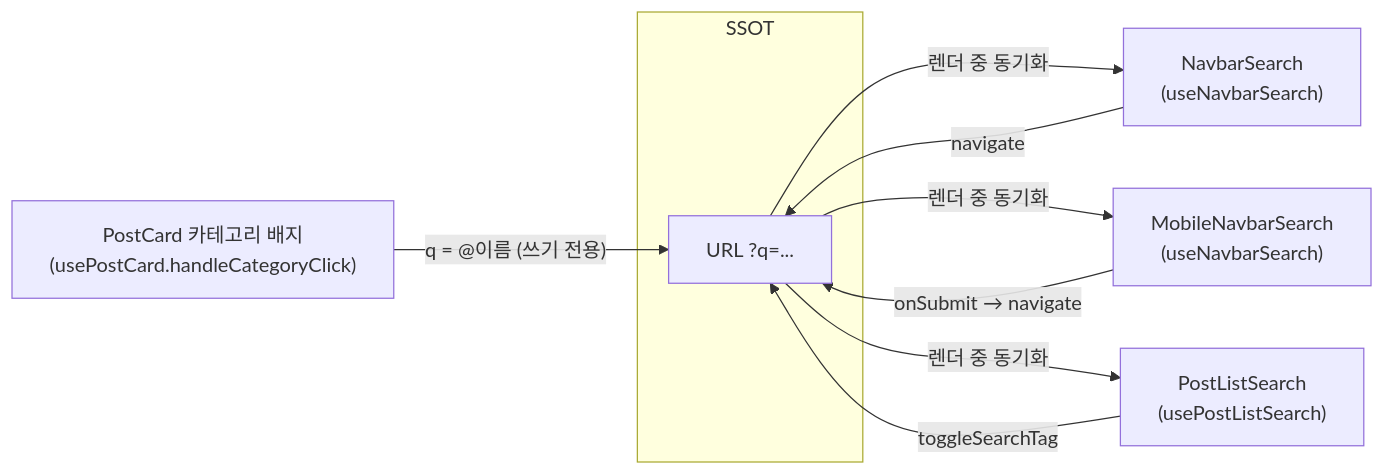
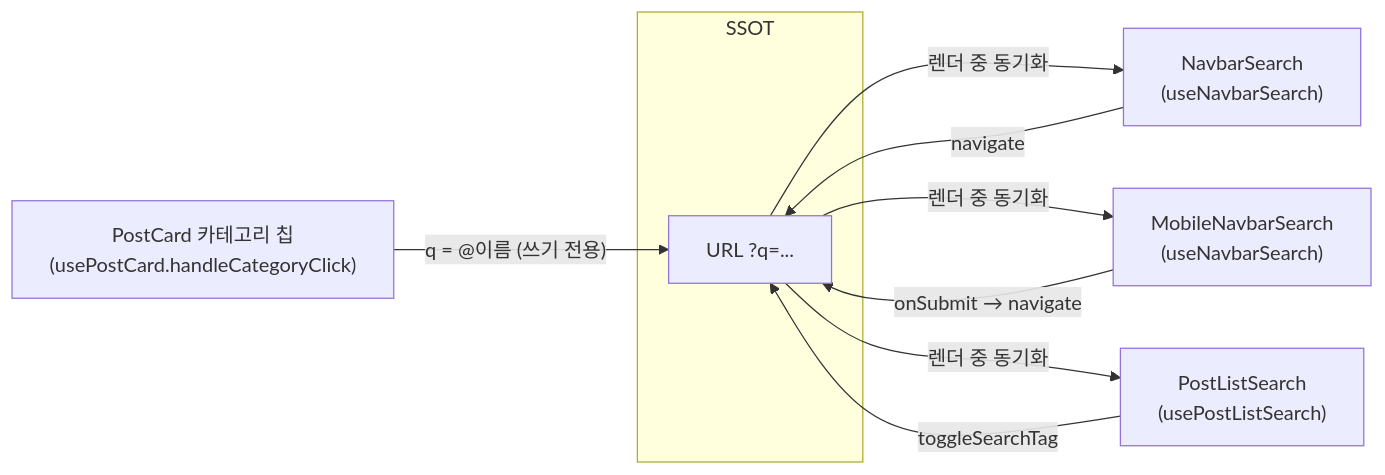
Before and after one commit to BAECHAN/link-sphere_FE_NEW: the second of 2 diagrams in docs/SEARCH.md, drawn with Mermaid. The commit also changed other lines of this file and 14 other files, not shown here.

````diff
--- a/docs/SEARCH.md
+++ b/docs/SEARCH.md
@@ -99,13 +99,13 @@
 ```mermaid
 flowchart LR
   subgraph "SSOT"
     Q["URL ?q=..."]
   end
   NavbarSearch["NavbarSearch<br/>(useNavbarSearch)"] -->|"navigate"| Q
   Q -->|"렌더 중 동기화"| NavbarSearch
   MobileNavbarSearch["MobileNavbarSearch<br/>(useNavbarSearch)"] -->|"onSubmit → navigate"| Q
   Q -->|"렌더 중 동기화"| MobileNavbarSearch
   PostListSearch["PostListSearch<br/>(usePostListSearch)"] -->|"toggleSearchTag"| Q
   Q -->|"렌더 중 동기화"| PostListSearch
-  PostCard["PostCard 카테고리 배지<br/>(usePostCard.handleCategoryClick)"] -->|"q = @이름 (쓰기 전용)"| Q
+  PostCard["PostCard 카테고리 칩<br/>(usePostCard.handleCategoryClick)"] -->|"q = @이름 (쓰기 전용)"| Q
 ```
````
